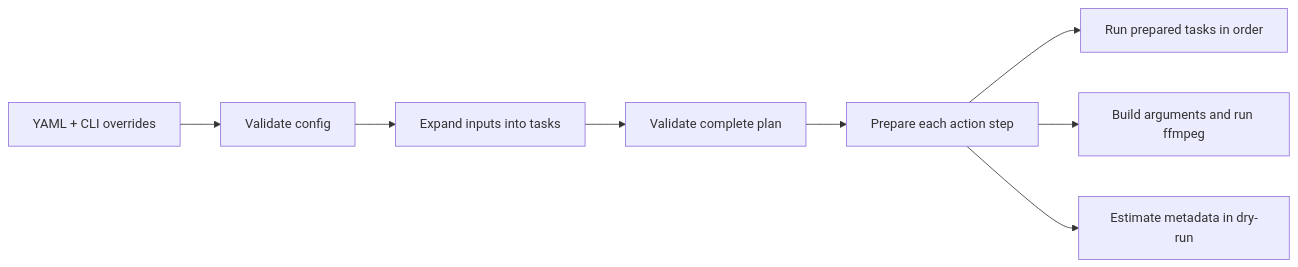
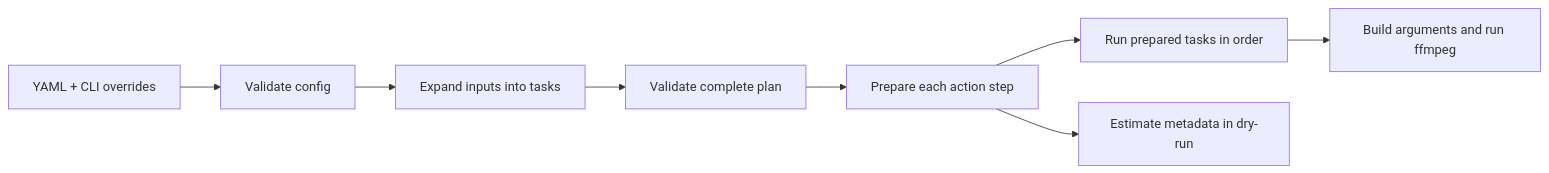
The diagram in DESIGN_PATTERNS.md (KasunUdaraWaththeHewa/MediaSmith), drawn with Mermaid before and after one commit. The commit also changed other lines of this file and 38 other files, not shown here.

````diff
--- a/DESIGN_PATTERNS.md
+++ b/DESIGN_PATTERNS.md
@@ -7,10 +7,10 @@
 ```mermaid
 flowchart LR
   YAML[YAML + CLI overrides] --> Schema[Validate config]
   Schema --> Planner[Expand inputs into tasks]
   Planner --> Checks[Validate complete plan]
   Checks --> Action[Prepare each action step]
   Action --> Runner[Run prepared tasks in order]
-  Action --> Ffmpeg[Build arguments and run ffmpeg]
+  Runner --> Ffmpeg[Build arguments and run ffmpeg]
   Action --> Preview[Estimate metadata in dry-run]
 ```
````
